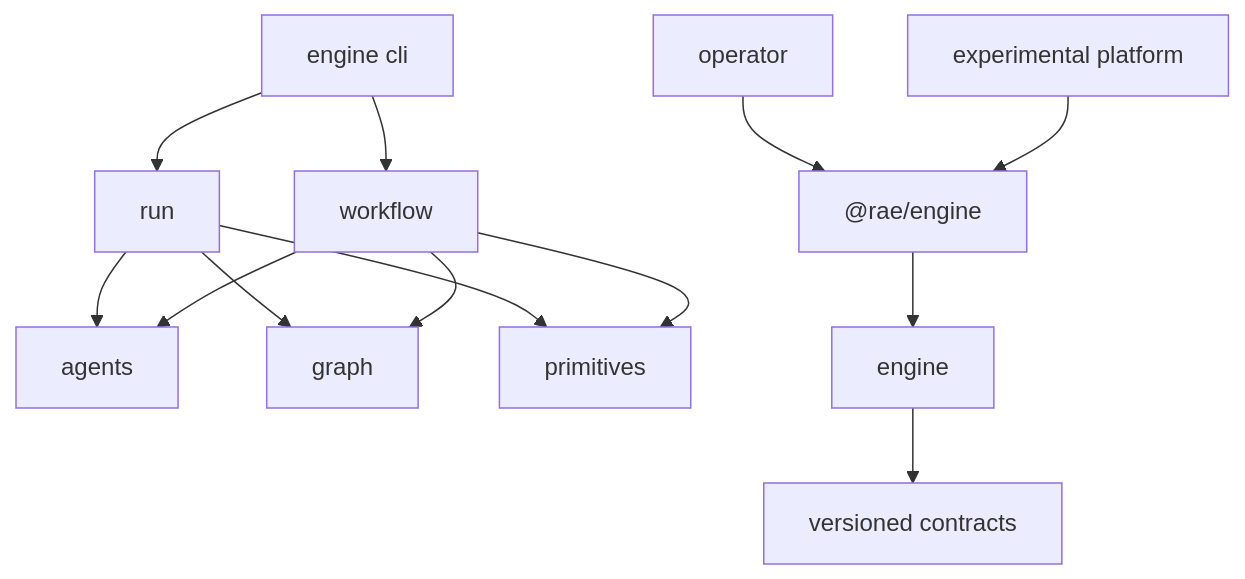
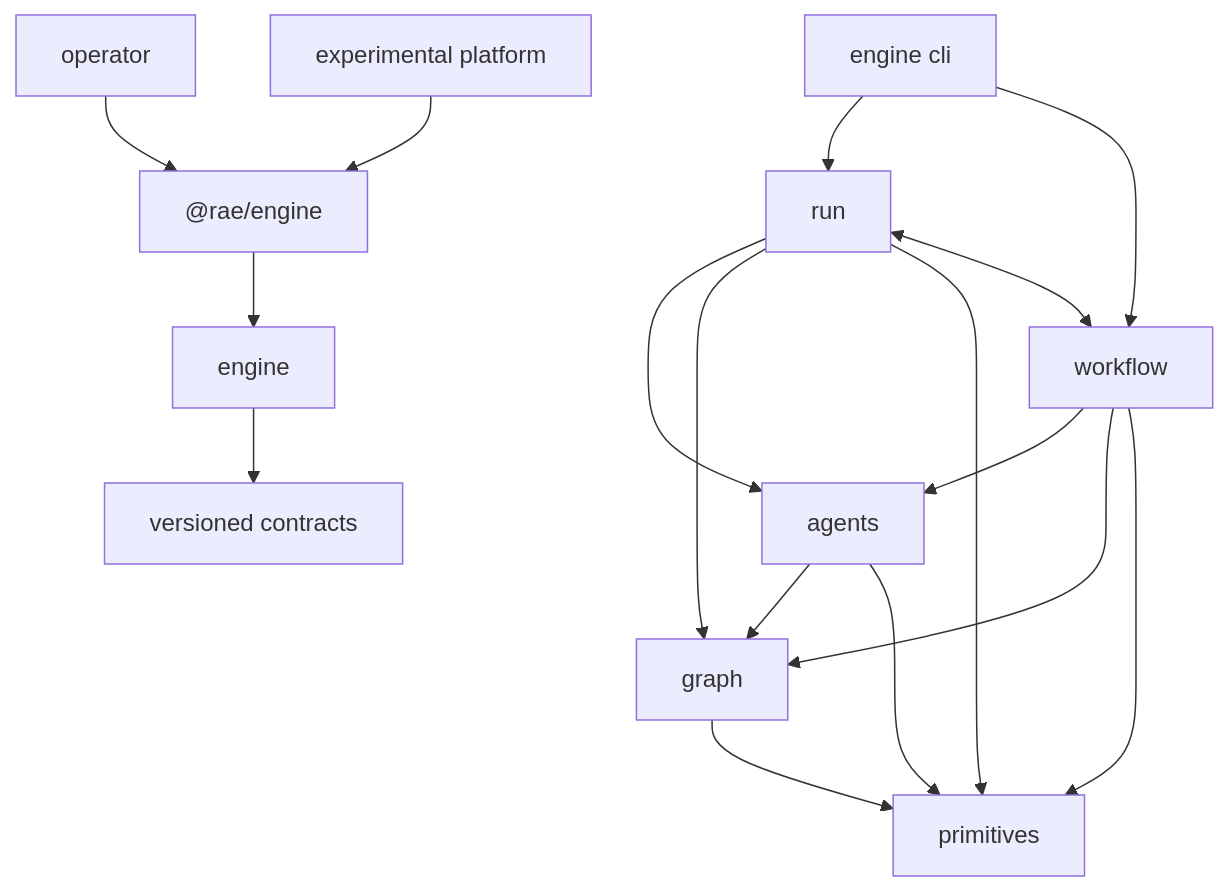
Before and after one commit to sebastianspicker/rae: the second of 2 diagrams in docs/ARCHITECTURE.md, drawn with Mermaid. The commit also changed other lines of this file and 5 other files, not shown here.

````diff
--- a/docs/ARCHITECTURE.md
+++ b/docs/ARCHITECTURE.md
@@ -54,15 +54,19 @@
 ```mermaid
 flowchart TD
   CLI[engine cli] --> Run[run]
   CLI --> Workflow[workflow]
   Run --> Agents[agents]
   Run --> Graph[graph]
   Run --> Primitives[primitives]
   Workflow --> Agents
   Workflow --> Graph
   Workflow --> Primitives
+  Run <--> Workflow
+  Agents --> Graph
+  Agents --> Primitives
+  Graph --> Primitives
   Engine[engine] --> Contracts[versioned contracts]
   Operator[operator] --> Public["@rae/engine"]
   Platform[experimental platform] --> Public
   Public --> Engine
 ```
````
